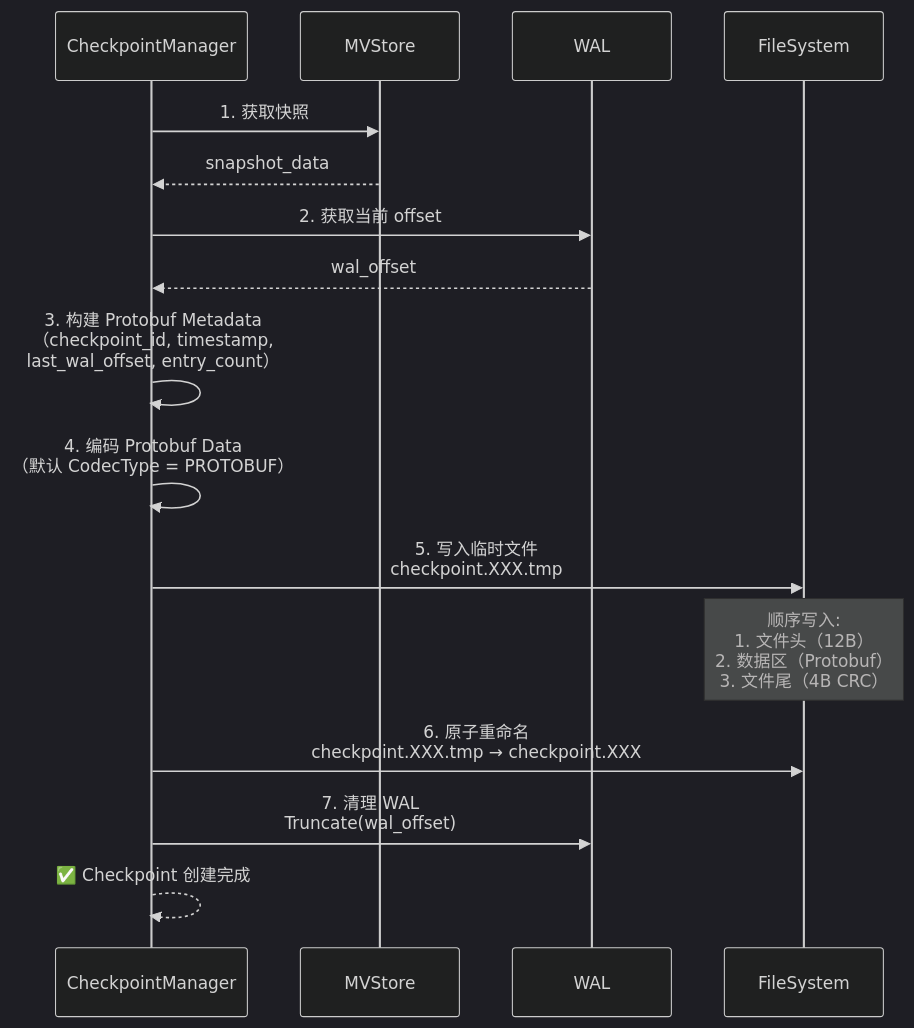
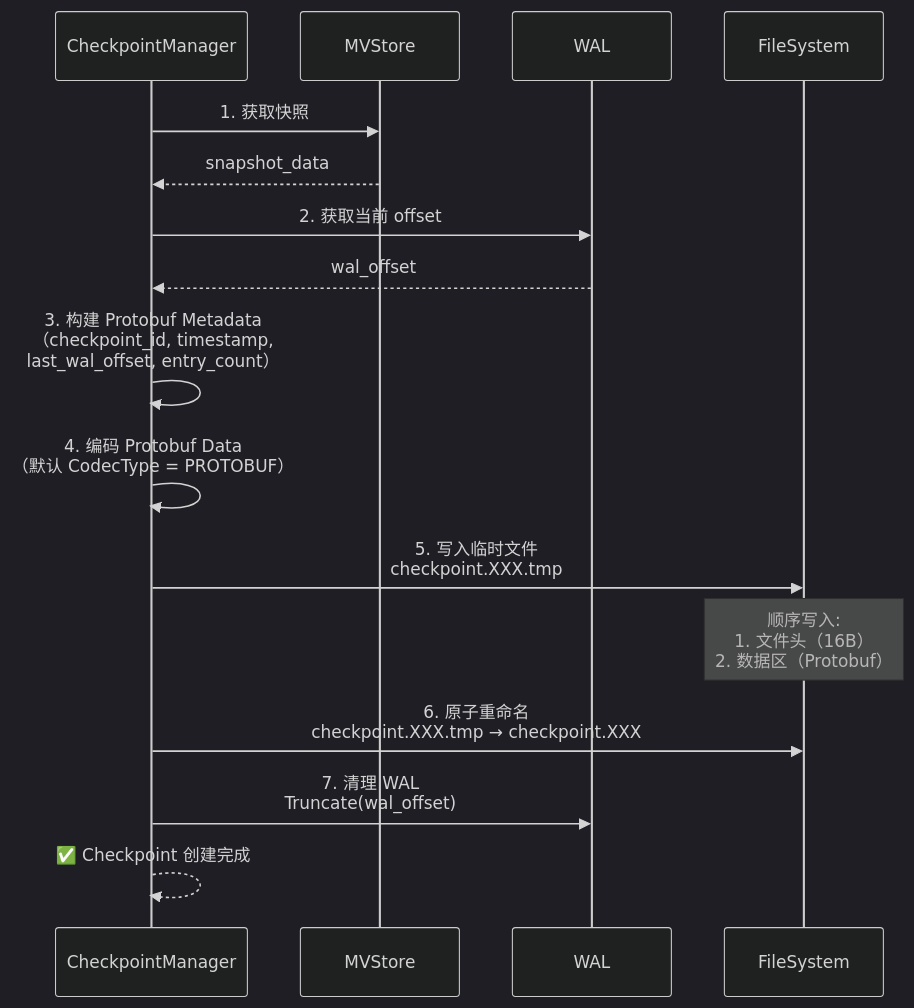
One commit to jzhang405/NexKV changed the fifth of 8 diagrams in docs/06_project_management/pr_documents/feature/2026-01-19_PR-003_WAL_Checkpoint_机制实现_Pre.md. Above: the diagram before and after it, drawn with Mermaid (dark theme). The commit also changed other lines of this file, not shown here.

First line of the commit message:
docs(pr-003): 更新所有图表为两段式格式

````diff
--- a/docs/06_project_management/pr_documents/feature/2026-01-19_PR-003_WAL_Checkpoint_机制实现_Pre.md
+++ b/docs/06_project_management/pr_documents/feature/2026-01-19_PR-003_WAL_Checkpoint_机制实现_Pre.md
@@ -285,26 +281,26 @@
 ```mermaid
 sequenceDiagram
     participant CM as CheckpointManager
     participant MV as MVStore
     participant WAL as WAL
     participant FS as FileSystem
 
     CM->>MV: 1. 获取快照
     MV-->>CM: snapshot_data
 
     CM->>WAL: 2. 获取当前 offset
     WAL-->>CM: wal_offset
 
     CM->>CM: 3. 构建 Protobuf Metadata<br/>（checkpoint_id, timestamp,<br/>last_wal_offset, entry_count）
 
     CM->>CM: 4. 编码 Protobuf Data<br/>（默认 CodecType = PROTOBUF）
 
     CM->>FS: 5. 写入临时文件<br/>checkpoint.XXX.tmp
-    Note over FS: 顺序写入:<br/>1. 文件头（12B）<br/>2. 数据区（Protobuf）<br/>3. 文件尾（4B CRC）
+    Note over FS: 顺序写入:<br/>1. 文件头（16B）<br/>2. 数据区（Protobuf）
 
     CM->>FS: 6. 原子重命名<br/>checkpoint.XXX.tmp → checkpoint.XXX
 
     CM->>WAL: 7. 清理 WAL<br/>Truncate(wal_offset)
 
     CM-->>CM: ✅ Checkpoint 创建完成
 ```
````
